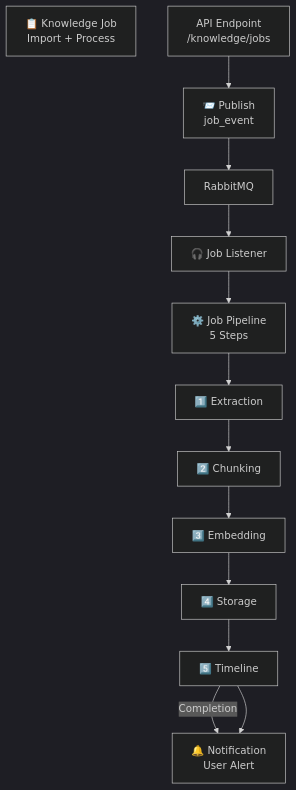
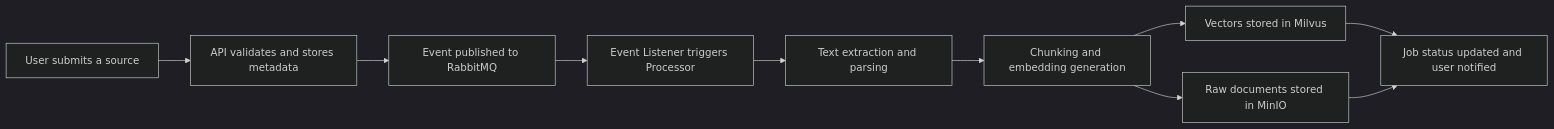
Before and after one commit to bassem-elsodany/datapilotflow: the second of 3 diagrams in README.md, drawn with Mermaid (dark theme). The commit also changed other lines of this file and 39 other files, not shown here.

````diff
--- a/README.md
+++ b/README.md
@@ -463,29 +127,12 @@
 ```mermaid
-graph TD
-    Job["📋 Knowledge Job<br/>Import + Process"]
-    CreateJob["API Endpoint<br/>/knowledge/jobs"]
-    PublishEvent["📨 Publish<br/>job_event"]
-
-    RabbitMQ["RabbitMQ"]
-    JobListener["🎧 Job Listener"]
-
-    Pipeline["⚙️ Job Pipeline<br/>5 Steps"]
-    Extraction["1️⃣ Extraction"]
-    Chunking["2️⃣ Chunking"]
-    Embedding["3️⃣ Embedding"]
-    Storage["4️⃣ Storage"]
-    Timeline["5️⃣ Timeline"]
-
-    Timeline -->|Completion| Notification["🔔 Notification<br/>User Alert"]
-
-    CreateJob --> PublishEvent
-    PublishEvent --> RabbitMQ
-    RabbitMQ --> JobListener
-    JobListener --> Pipeline
-    Pipeline --> Extraction
-    Extraction --> Chunking
-    Chunking --> Embedding
-    Embedding --> Storage
-    Storage --> Timeline
-    Timeline --> Notification
+graph LR
+    A["User submits a source"] --> B["API validates and stores metadata"]
+    B --> C["Event published to RabbitMQ"]
+    C --> D["Event Listener triggers Processor"]
+    D --> E["Text extraction and parsing"]
+    E --> F["Chunking and embedding generation"]
+    F --> G["Vectors stored in Milvus"]
+    F --> H["Raw documents stored in MinIO"]
+    G --> I["Job status updated and user notified"]
+    H --> I
 ```
````
